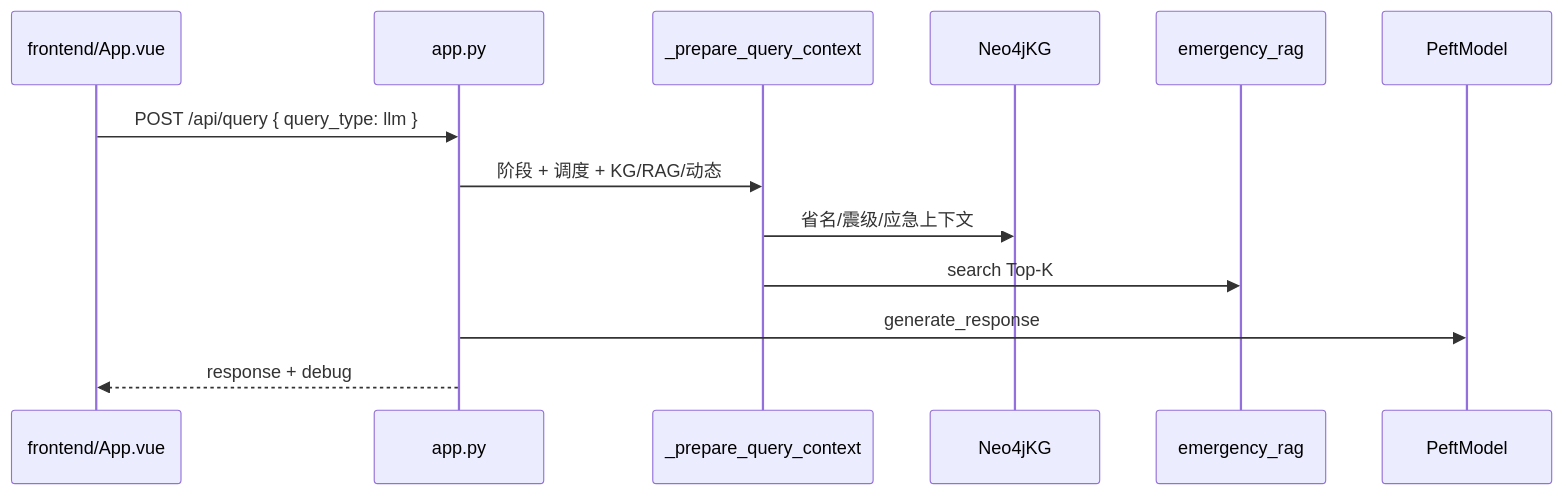
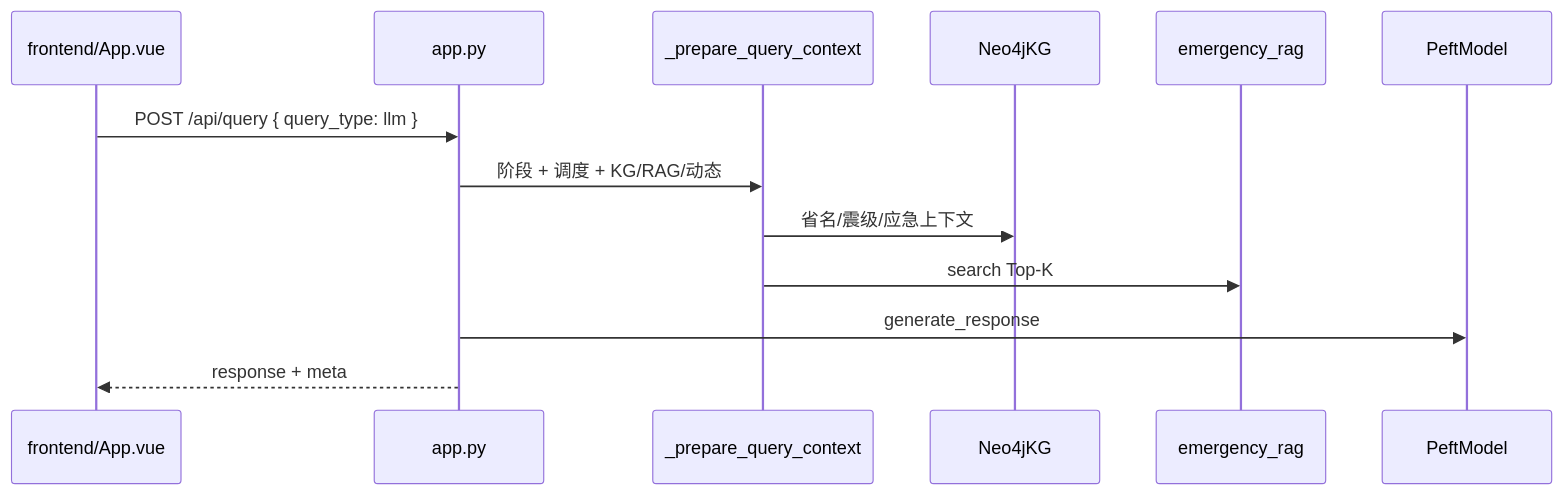
The second of 2 diagrams in docs/项目逻辑梳理与优化建议.md (liuyijiangdada/earthquake-expert-system), drawn with Mermaid before and after one commit. The commit also changed other lines of this file and 23 other files, not shown here.

````diff
--- a/docs/项目逻辑梳理与优化建议.md
+++ b/docs/项目逻辑梳理与优化建议.md
@@ -99,16 +99,16 @@
 ```mermaid
 sequenceDiagram
     participant UI as frontend/App.vue
     participant API as app.py
     participant Ctx as _prepare_query_context
     participant KG as Neo4jKG
     participant RAG as emergency_rag
     participant LLM as PeftModel
 
     UI->>API: POST /api/query { query_type: llm }
     API->>Ctx: 阶段 + 调度 + KG/RAG/动态
     Ctx->>KG: 省名/震级/应急上下文
     Ctx->>RAG: search Top-K
     API->>LLM: generate_response
-    API-->>UI: response + debug
+    API-->>UI: response + meta
 ```
````
